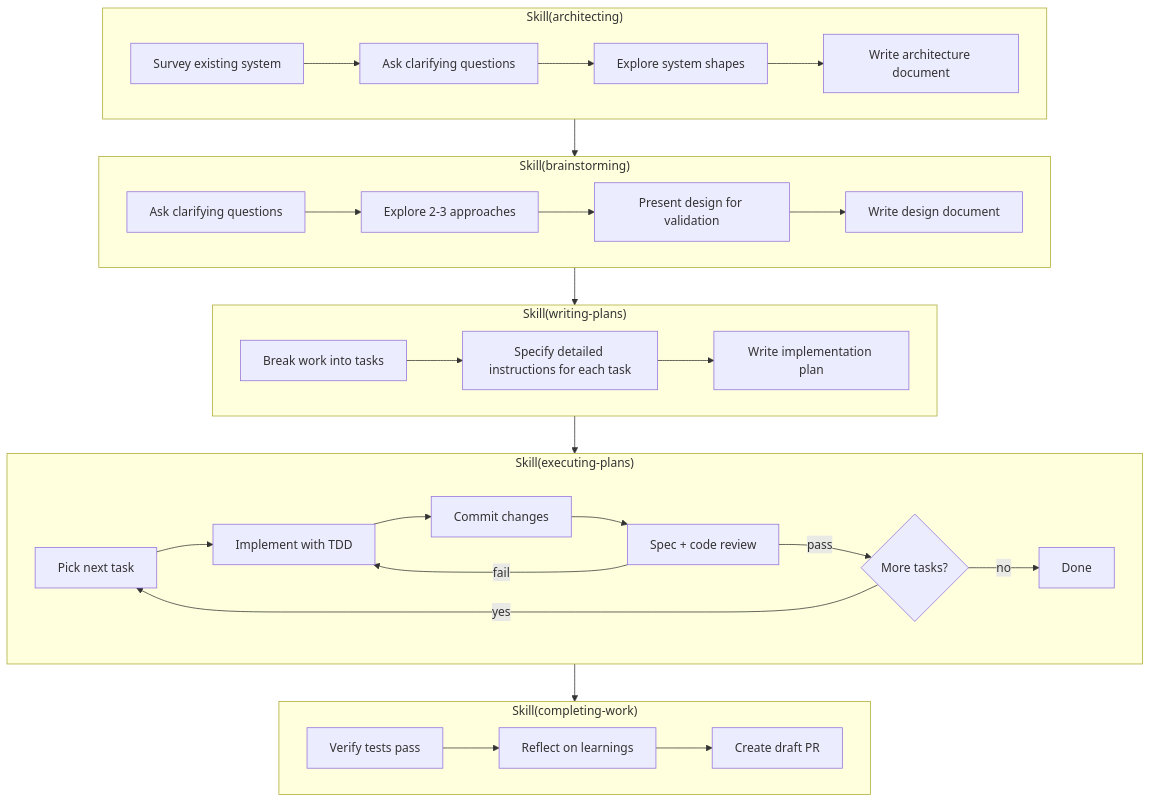
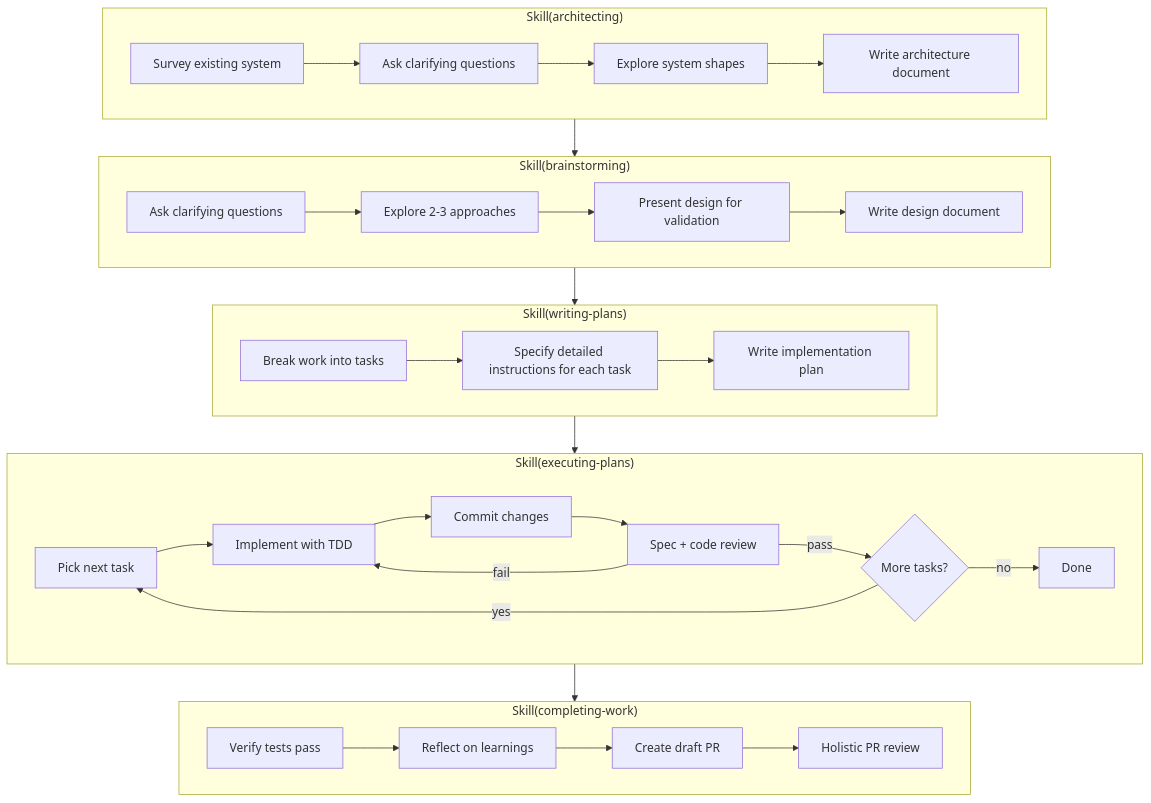
One commit to averycrespi/claudefiles changed the diagram in README.md. Above: the diagram before and after it, drawn with Mermaid. The commit also changed 1 other file, not shown here.

Commit message:
docs: add pr-reviewer to agents table and workflow diagram

````diff
--- a/README.md
+++ b/README.md
@@ -36,36 +36,37 @@
 ```mermaid
 flowchart TD
     subgraph Architecting["Skill(architecting)"]
         A1[Survey existing system] --> A2[Ask clarifying questions]
         A2 --> A3[Explore system shapes]
         A3 --> A4[Write architecture document]
     end
 
     subgraph Brainstorming["Skill(brainstorming)"]
         B1[Ask clarifying questions] --> B2[Explore 2-3 approaches]
         B2 --> B3[Present design for validation]
         B3 --> B4[Write design document]
     end
 
     subgraph Planning["Skill(writing-plans)"]
         P1[Break work into tasks] --> P2[Specify detailed instructions for each task]
         P2 --> P3[Write implementation plan]
     end
 
     subgraph Executing["Skill(executing-plans)"]
         E1[Pick next task] --> E2[Implement with TDD]
         E2 --> E3[Commit changes]
         E3 --> E4[Spec + code review]
         E4 -->|fail| E2
         E4 -->|pass| E5{More tasks?}
         E5 -->|yes| E1
         E5 -->|no| E6[Done]
     end
 
     subgraph Completing["Skill(completing-work)"]
         C1[Verify tests pass] --> C2[Reflect on learnings]
         C2 --> C3[Create draft PR]
+        C3 --> C4[Holistic PR review]
     end
 
     Architecting --> Brainstorming --> Planning --> Executing --> Completing
 ```
````
